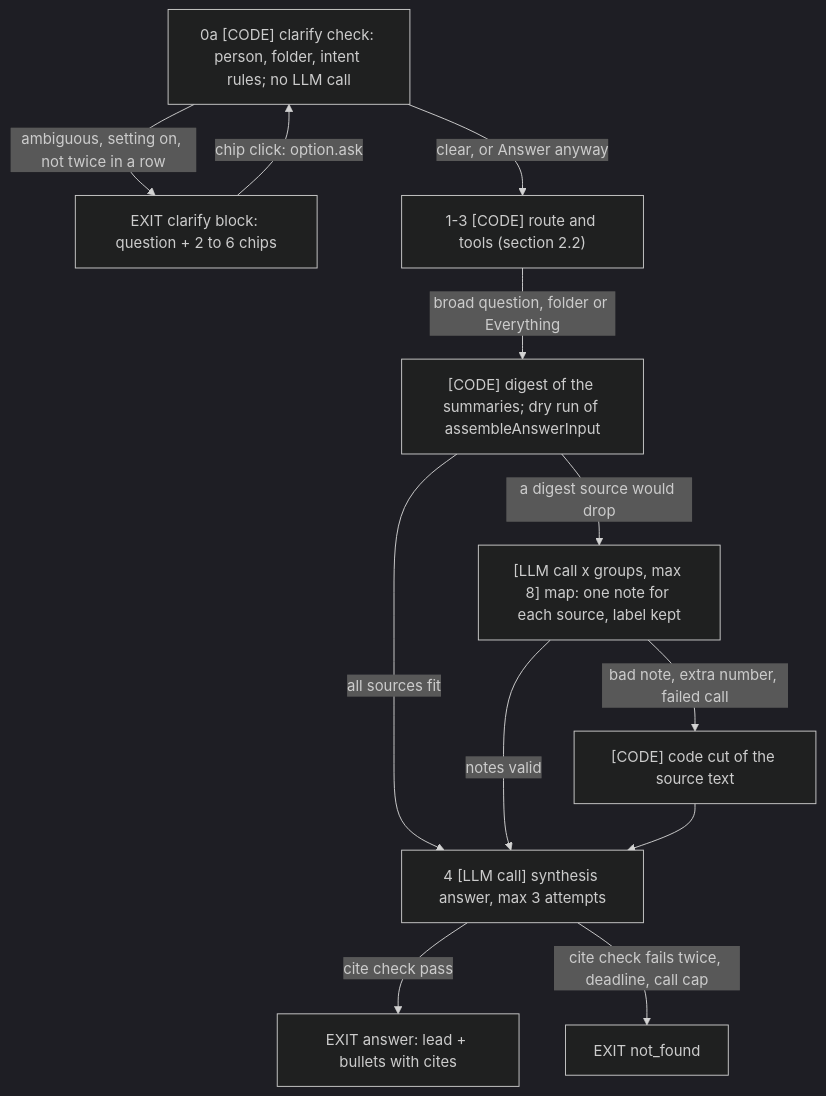
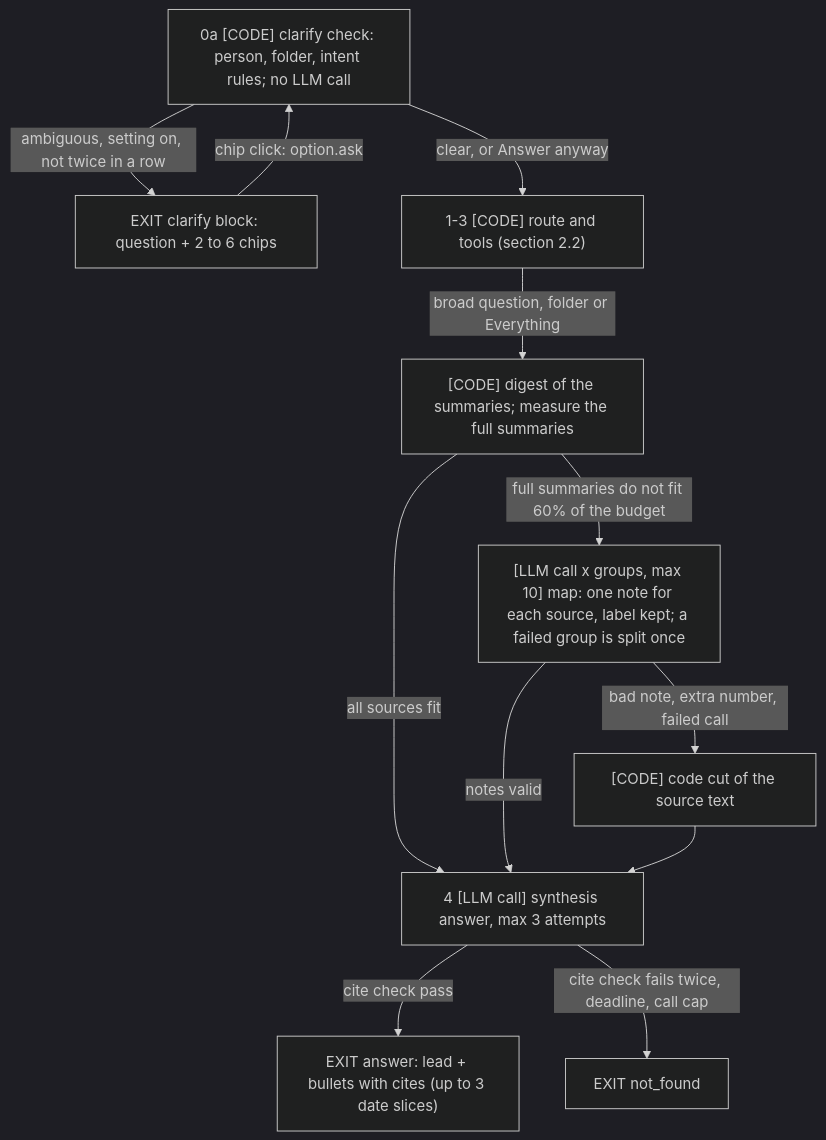
One commit to Maheidem/openstyle changed the tenth of 10 diagrams in specs/meeting-chat-agent.md. Above: the diagram before and after it, drawn with Mermaid (dark theme). The commit also changed other lines of this file, not shown here.

First line of the commit message:
docs(spec): D20 map-reduce details

````diff
--- a/specs/meeting-chat-agent.md
+++ b/specs/meeting-chat-agent.md
@@ -1535,14 +1535,14 @@
 ```mermaid
 flowchart TD
   Q["0a [CODE] clarify check: person, folder, intent rules; no LLM call"] -->|"ambiguous, setting on, not twice in a row"| C["EXIT clarify block: question + 2 to 6 chips"]
   Q -->|"clear, or Answer anyway"| R["1-3 [CODE] route and tools (section 2.2)"]
   C -->|"chip click: option.ask"| Q
-  R -->|"broad question, folder or Everything"| D["[CODE] digest of the summaries; dry run of assembleAnswerInput"]
+  R -->|"broad question, folder or Everything"| D["[CODE] digest of the summaries; measure the full summaries"]
   D -->|"all sources fit"| A["4 [LLM call] synthesis answer, max 3 attempts"]
-  D -->|"a digest source would drop"| M["[LLM call x groups, max 8] map: one note for each source, label kept"]
+  D -->|"full summaries do not fit 60% of the budget"| M["[LLM call x groups, max 10] map: one note for each source, label kept; a failed group is split once"]
   M -->|"bad note, extra number, failed call"| K["[CODE] code cut of the source text"]
   M -->|"notes valid"| A
   K --> A
-  A -->|"cite check pass"| OK["EXIT answer: lead + bullets with cites"]
+  A -->|"cite check pass"| OK["EXIT answer: lead + bullets with cites (up to 3 date slices)"]
   A -->|"cite check fails twice, deadline, call cap"| NF["EXIT not_found"]
 ```
````
